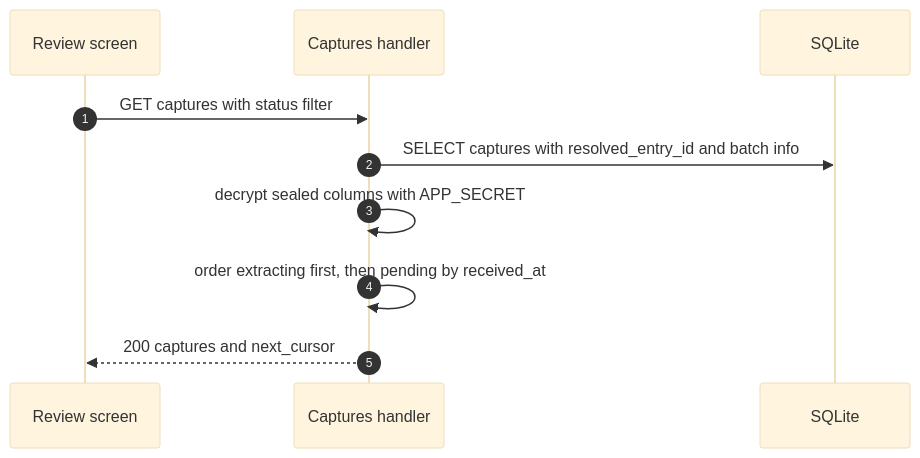
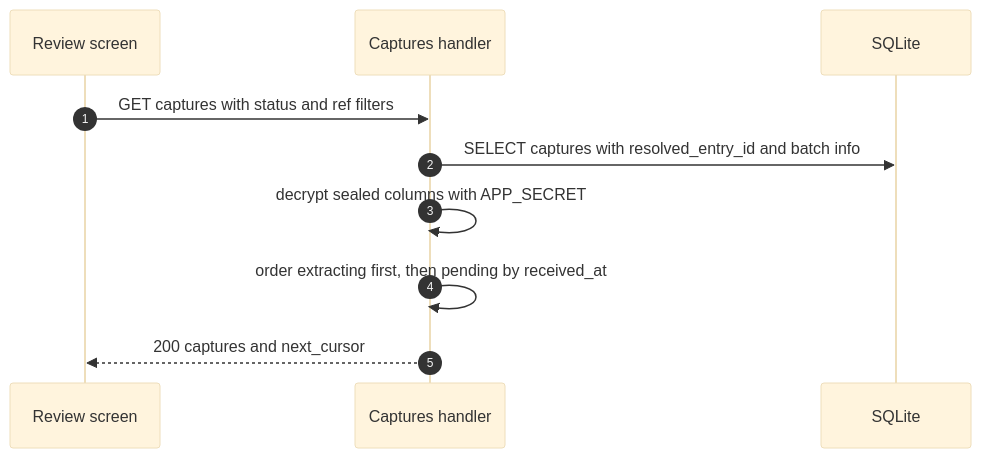
Diagram 11 of 20 in docs/v2-api.md (dimasbaguspm/spenicle), drawn with Mermaid (base theme) before and after one commit. The commit also changed other lines of this file and 44 other files, not shown here.

````diff
--- a/docs/v2-api.md
+++ b/docs/v2-api.md
@@ -724,12 +769,12 @@
 ```mermaid
 sequenceDiagram
     autonumber
     participant UI as Review screen
     participant API as Captures handler
     participant DB as SQLite
-    UI->>API: GET captures with status filter
+    UI->>API: GET captures with status and ref filters
     API->>DB: SELECT captures with resolved_entry_id and batch info
     API->>API: decrypt sealed columns with APP_SECRET
     API->>API: order extracting first, then pending by received_at
     API-->>UI: 200 captures and next_cursor
 ```
````
